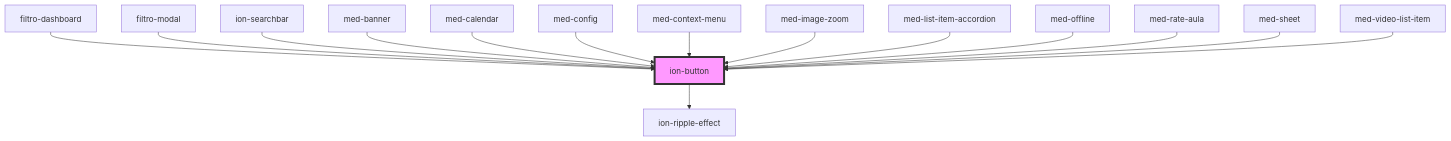
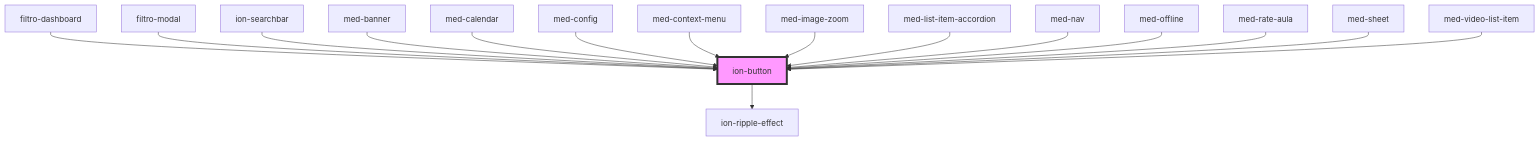
One commit to MEDGRUPOGIT/ionic-framework-1 changed the diagram in core/src/components/button/readme.md. Above: the diagram before and after it, drawn with Mermaid. The commit also changed other lines of this file and 34 other files, not shown here.

````diff
--- a/core/src/components/button/readme.md
+++ b/core/src/components/button/readme.md
@@ -392,18 +393,19 @@
 ```mermaid
 graph TD;
   ion-button --> ion-ripple-effect
   filtro-dashboard --> ion-button
   filtro-modal --> ion-button
   ion-searchbar --> ion-button
   med-banner --> ion-button
   med-calendar --> ion-button
   med-config --> ion-button
   med-context-menu --> ion-button
   med-image-zoom --> ion-button
   med-list-item-accordion --> ion-button
+  med-nav --> ion-button
   med-offline --> ion-button
   med-rate-aula --> ion-button
   med-sheet --> ion-button
   med-video-list-item --> ion-button
   style ion-button fill:#f9f,stroke:#333,stroke-width:4px
 ```
````
